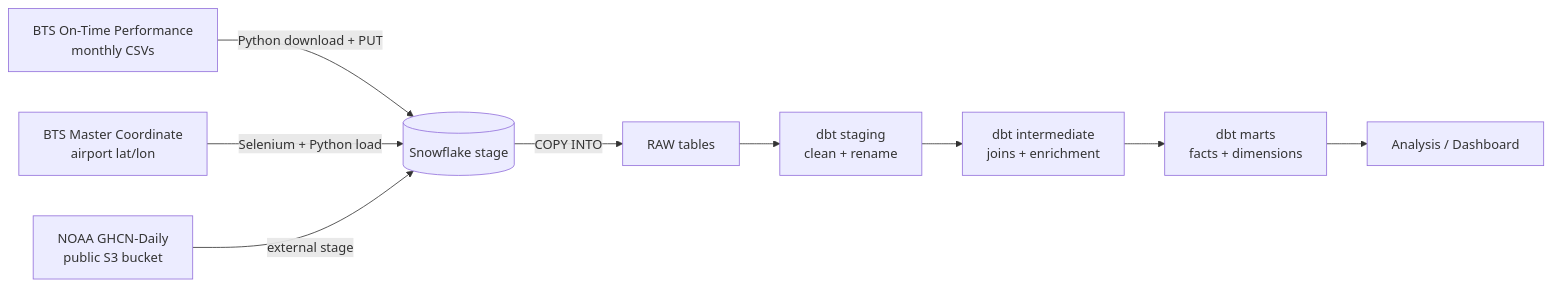
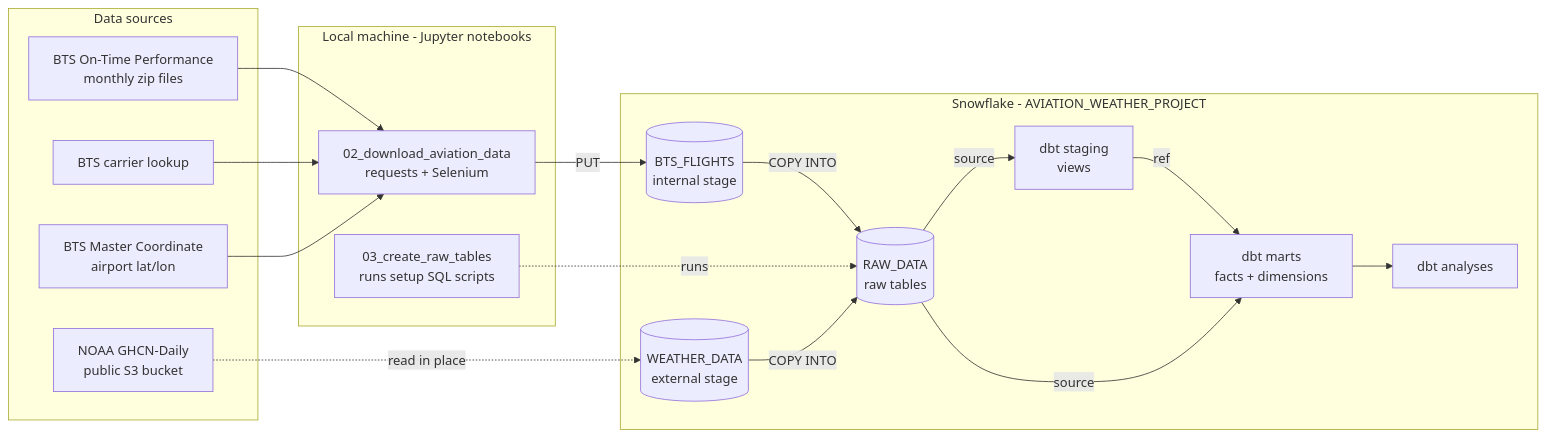
The first of 2 diagrams in README.md (victorlos/aviation-weather-investigation), drawn with Mermaid before and after one commit. The commit also changed other lines of this file and 2 other files, not shown here.

````diff
--- a/README.md
+++ b/README.md
@@ -19,11 +27,36 @@
 ```mermaid
 flowchart LR
-    A[BTS On-Time Performance<br/>monthly CSVs] -->|Python download + PUT| S[(Snowflake stage)]
-    B[BTS Master Coordinate<br/>airport lat/lon] -->|Selenium + Python load| S
-    C[NOAA GHCN-Daily<br/>public S3 bucket] -->|external stage| S
-    S -->|COPY INTO| R[RAW tables]
-    R --> STG[dbt staging<br/>clean + rename]
-    STG --> INT[dbt intermediate<br/>joins + enrichment]
-    INT --> M[dbt marts<br/>facts + dimensions]
-    M --> D[Analysis / Dashboard]
+    subgraph SRC["Data sources"]
+        BTS["BTS On-Time Performance<br/>monthly zip files"]
+        LK["BTS carrier lookup"]
+        MC["BTS Master Coordinate<br/>airport lat/lon"]
+        NOAA["NOAA GHCN-Daily<br/>public S3 bucket"]
+    end
+ 
+    subgraph LOCAL["Local machine - Jupyter notebooks"]
+        NB2["02_download_aviation_data<br/>requests + Selenium"]
+        NB3["03_create_raw_tables<br/>runs setup SQL scripts"]
+    end
+ 
+    subgraph SF["Snowflake - AVIATION_WEATHER_PROJECT"]
+        ST1[("BTS_FLIGHTS<br/>internal stage")]
+        ST2[("WEATHER_DATA<br/>external stage")]
+        RAW[("RAW_DATA<br/>raw tables")]
+        STG["dbt staging<br/>views"]
+        MART["dbt marts<br/>facts + dimensions"]
+        AN["dbt analyses"]
+    end
+ 
+    BTS --> NB2
+    LK --> NB2
+    MC --> NB2
+    NB2 -->|PUT| ST1
+    NOAA -.->|read in place| ST2
+    ST1 -->|COPY INTO| RAW
+    ST2 -->|COPY INTO| RAW
+    NB3 -.->|runs| RAW
+    RAW -->|source| STG
+    RAW -->|source| MART
+    STG -->|ref| MART
+    MART --> AN
 ```
````
